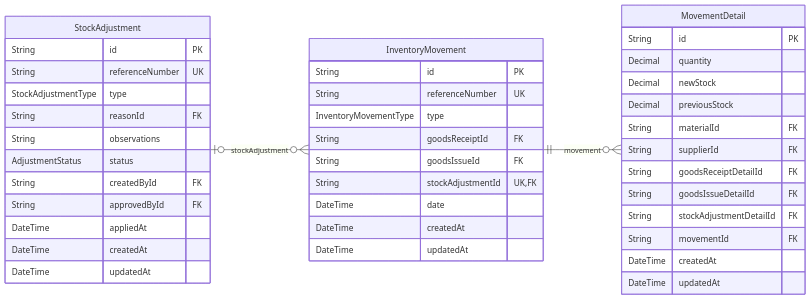
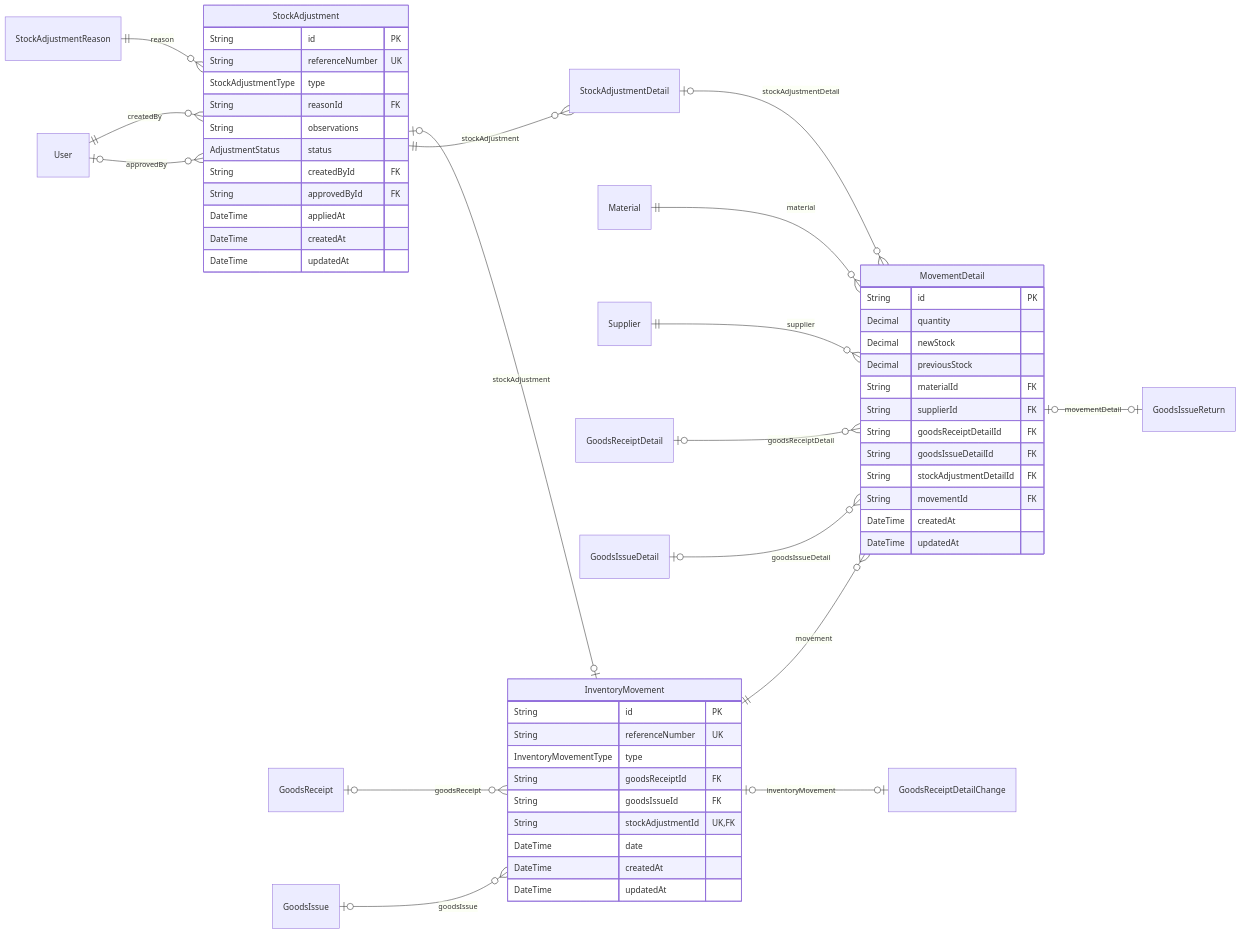
One commit to gpgsistemas01/nexus changed the tenth of 26 diagrams in docs/architecture/views/logical/data-and-persistence/generated/database-schema.md. Above: the diagram before and after it, drawn with Mermaid. The commit also changed other lines of this file and 3 other files, not shown here.

Commit message:
docs: corregir relaciones del ER y retirar capturas pendientes

````diff
--- a/docs/architecture/views/logical/data-and-persistence/generated/database-schema.md
+++ b/docs/architecture/views/logical/data-and-persistence/generated/database-schema.md
@@ -333,44 +429,57 @@
 ```mermaid
 erDiagram
     direction LR
     InventoryMovement {
         String id PK
         String referenceNumber UK
         InventoryMovementType type
         String goodsReceiptId FK
         String goodsIssueId FK
         String stockAdjustmentId UK,FK
         DateTime date
         DateTime createdAt
         DateTime updatedAt
     }
     MovementDetail {
         String id PK
         Decimal quantity
         Decimal newStock
         Decimal previousStock
         String materialId FK
         String supplierId FK
         String goodsReceiptDetailId FK
         String goodsIssueDetailId FK
         String stockAdjustmentDetailId FK
         String movementId FK
         DateTime createdAt
         DateTime updatedAt
     }
     StockAdjustment {
         String id PK
         String referenceNumber UK
         StockAdjustmentType type
         String reasonId FK
         String observations
         AdjustmentStatus status
         String createdById FK
         String approvedById FK
         DateTime appliedAt
         DateTime createdAt
         DateTime updatedAt
     }
-    StockAdjustment o|--o{ InventoryMovement : "stockAdjustment"
+    MovementDetail o|--o| GoodsIssueReturn : "movementDetail"
+    GoodsReceipt o|--o{ InventoryMovement : "goodsReceipt"
+    GoodsIssue o|--o{ InventoryMovement : "goodsIssue"
+    StockAdjustment o|--o| InventoryMovement : "stockAdjustment"
+    Material ||--o{ MovementDetail : "material"
+    Supplier ||--o{ MovementDetail : "supplier"
+    GoodsReceiptDetail o|--o{ MovementDetail : "goodsReceiptDetail"
+    GoodsIssueDetail o|--o{ MovementDetail : "goodsIssueDetail"
+    StockAdjustmentDetail o|--o{ MovementDetail : "stockAdjustmentDetail"
     InventoryMovement ||--o{ MovementDetail : "movement"
+    StockAdjustmentReason ||--o{ StockAdjustment : "reason"
+    User ||--o{ StockAdjustment : "createdBy"
+    User o|--o{ StockAdjustment : "approvedBy"
+    StockAdjustment ||--o{ StockAdjustmentDetail : "stockAdjustment"
+    InventoryMovement o|--o| GoodsReceiptDetailChange : "inventoryMovement"
 ```
````
